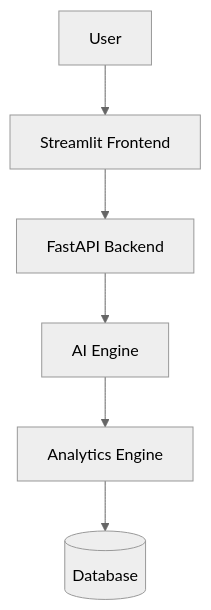
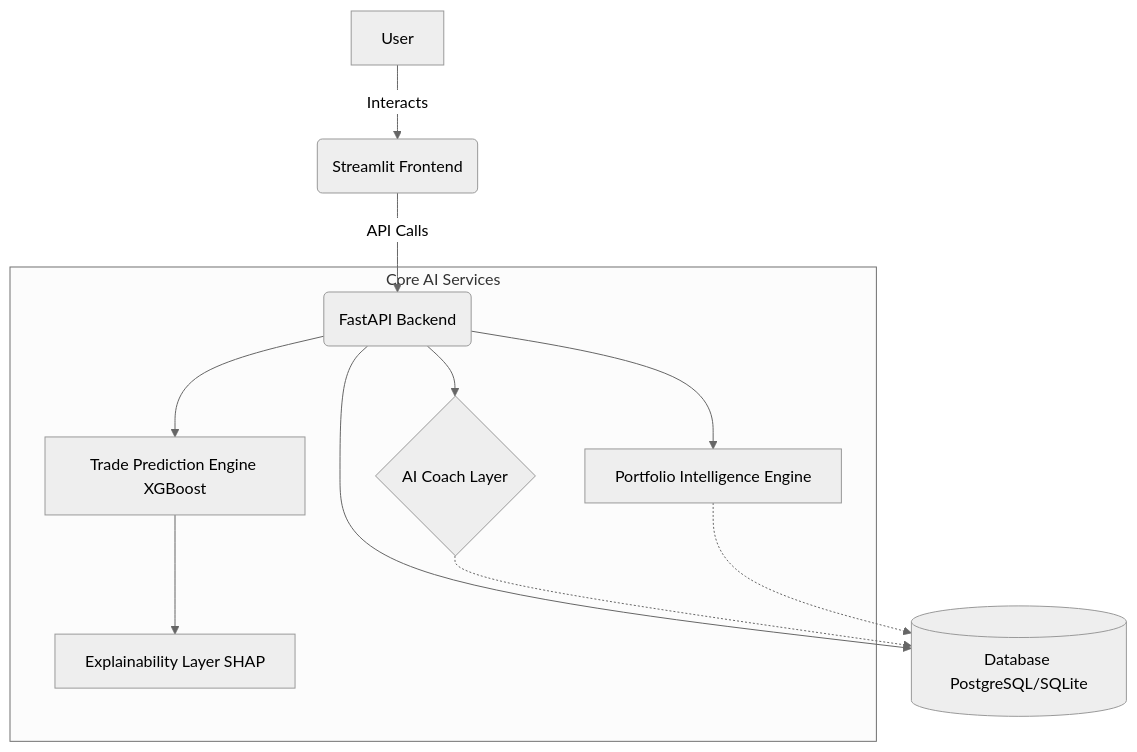
The diagram in Readme.md (Piyu242005/AI-Trading-Coach), drawn with Mermaid (neutral theme) before and after one commit. The commit also changed other lines of this file, not shown here.

Commit message:
docs: update Readme with expanded feature set, architecture diagrams, and ML pipeline documentation

````diff
--- a/Readme.md
+++ b/Readme.md
@@ -69,8 +96,16 @@
 ```mermaid
-flowchart TD
-    user[User] --> streamlit[Streamlit Frontend]
-    streamlit --> fastapi[FastAPI Backend]
-    fastapi --> ai[AI Engine]
-    ai --> analytics[Analytics Engine]
-    analytics --> db[(Database)]
+graph TD
+    A[User] -->|Interacts| B(Streamlit Frontend)
+    B -->|API Calls| C(FastAPI Backend)
+    
+    subgraph Core AI Services
+    C --> D{AI Coach Layer}
+    C --> E[Trade Prediction Engine XGBoost]
+    E --> F[Explainability Layer SHAP]
+    C --> G[Portfolio Intelligence Engine]
+    end
+    
+    C --> H[(Database PostgreSQL/SQLite)]
+    D -.-> H
+    G -.-> H
 ```
````
